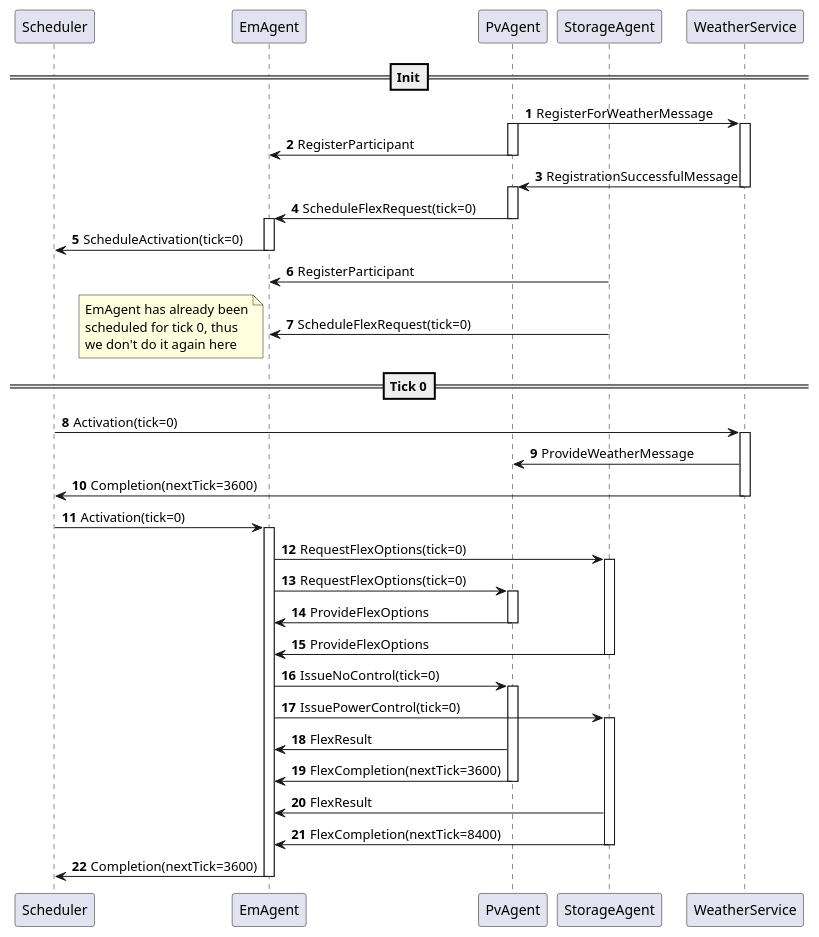
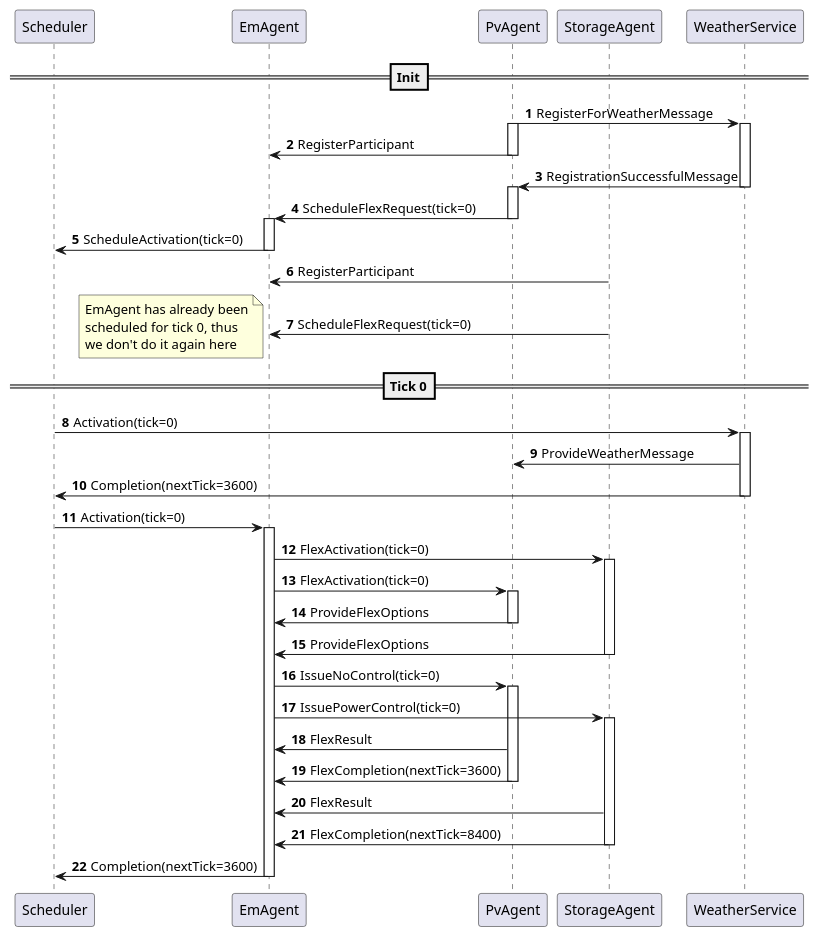
One commit to ie3-institute/simona changed the diagram in docs/uml/protocol/em/UncontrolledEm.puml. Above: the diagram before and after it, drawn with PlantUML. The commit also changed 11 other files, not shown here.

```diff
--- a/docs/uml/protocol/em/UncontrolledEm.puml
+++ b/docs/uml/protocol/em/UncontrolledEm.puml
@@ -1,82 +1,82 @@
 @startuml
 'https://plantuml.com/sequence-diagram
 
 ' set fixed order
 participant Scheduler
 participant EmAgent
 participant PvAgent
 participant StorageAgent
 participant WeatherService
 
 autonumber
 
 ==Init==
 
 PvAgent -> WeatherService: RegisterForWeatherMessage
 activate PvAgent
 activate WeatherService
 PvAgent -> EmAgent: RegisterParticipant
 deactivate PvAgent
 
 WeatherService -> PvAgent: RegistrationSuccessfulMessage
 deactivate WeatherService
 activate PvAgent
 PvAgent -> EmAgent: ScheduleFlexRequest(tick=0)
 deactivate PvAgent
 activate EmAgent
 
 EmAgent -> Scheduler: ScheduleActivation(tick=0)
 deactivate EmAgent
 
 StorageAgent -> EmAgent: RegisterParticipant
 StorageAgent -> EmAgent: ScheduleFlexRequest(tick=0)
 
 note left
 EmAgent has already been
 scheduled for tick 0, thus
 we don't do it again here
 end note
 
 ==Tick 0==
 
 Scheduler -> WeatherService: Activation(tick=0)
 activate WeatherService
 
 WeatherService -> PvAgent: ProvideWeatherMessage
 
 WeatherService -> Scheduler: Completion(nextTick=3600)
 deactivate WeatherService
 
 Scheduler -> EmAgent: Activation(tick=0)
 activate EmAgent
 
-EmAgent -> StorageAgent: RequestFlexOptions(tick=0)
+EmAgent -> StorageAgent: FlexActivation(tick=0)
 activate StorageAgent
 
-EmAgent -> PvAgent: RequestFlexOptions(tick=0)
+EmAgent -> PvAgent: FlexActivation(tick=0)
 activate PvAgent
 
 PvAgent -> EmAgent: ProvideFlexOptions
 deactivate PvAgent
 
 StorageAgent -> EmAgent: ProvideFlexOptions
 deactivate StorageAgent
 
 EmAgent -> PvAgent: IssueNoControl(tick=0)
 activate PvAgent
 
 EmAgent -> StorageAgent: IssuePowerControl(tick=0)
 activate StorageAgent
 
 PvAgent -> EmAgent: FlexResult
 PvAgent -> EmAgent: FlexCompletion(nextTick=3600)
 deactivate PvAgent
 
 StorageAgent -> EmAgent: FlexResult
 StorageAgent -> EmAgent: FlexCompletion(nextTick=8400)
 deactivate StorageAgent
 
 EmAgent -> Scheduler: Completion(nextTick=3600)
 deactivate EmAgent
 
 @enduml
```
